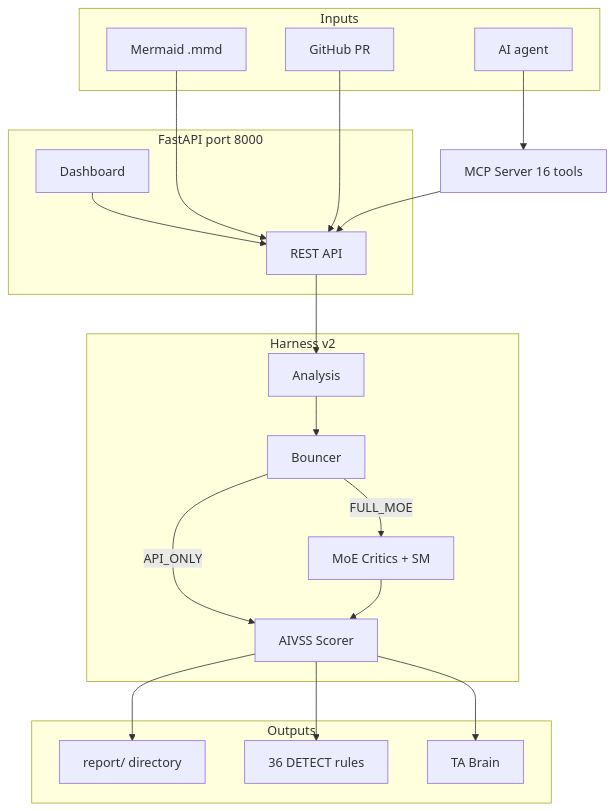
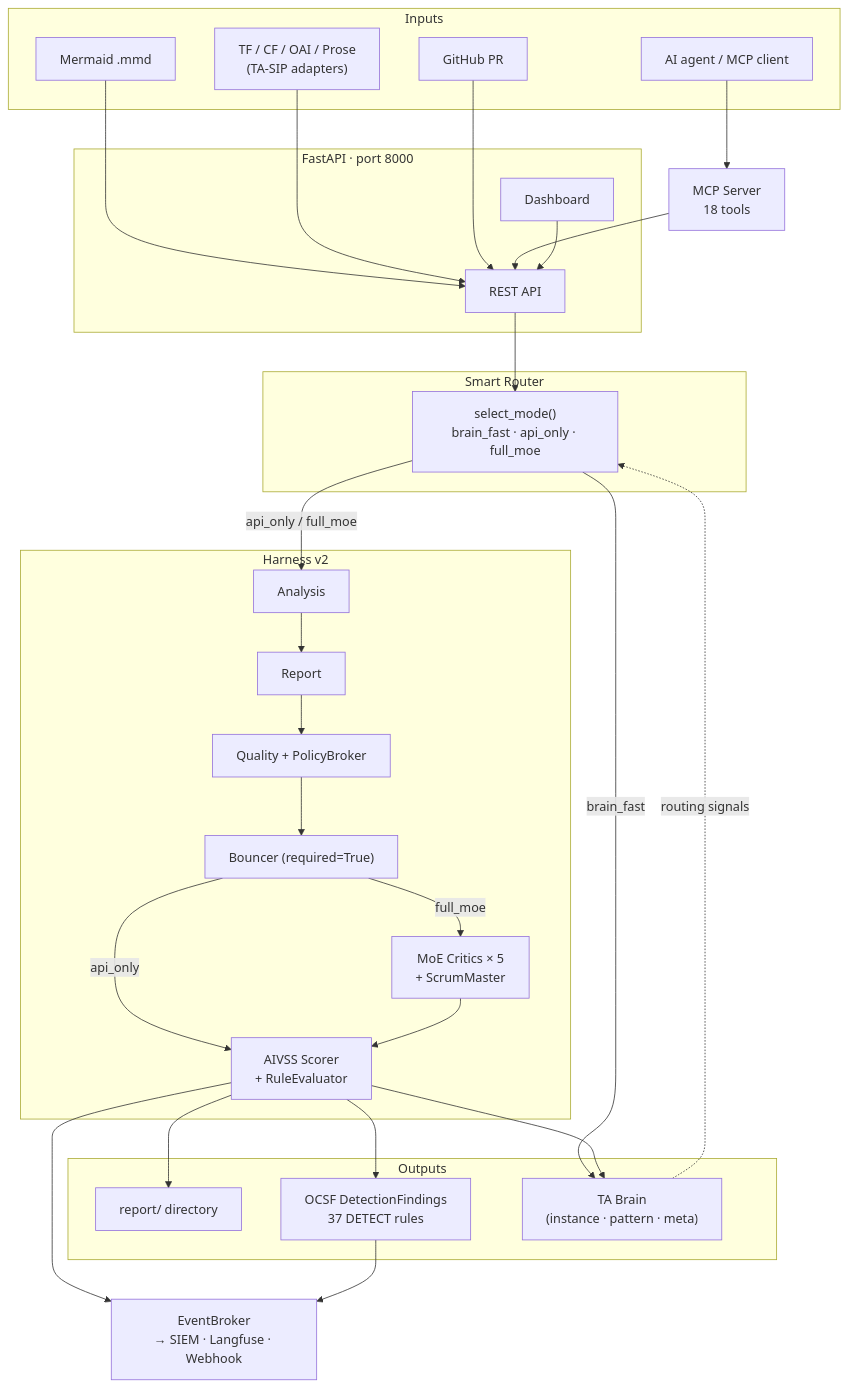
One commit to BerdTan/threatassessor changed the diagram in README.md. Above: the diagram before and after it, drawn with Mermaid. The commit also changed other lines of this file, not shown here.

First line of the commit message:
docs(readme): restructure and redraw architecture diagram

````diff
--- a/README.md
+++ b/README.md
@@ -7,45 +14,63 @@
 ```mermaid
 flowchart TD
     subgraph Inputs
         mmd_in["Mermaid .mmd"]
+        sip_in["TF / CF / OAI / Prose\n(TA-SIP adapters)"]
         pr_in["GitHub PR"]
-        ai_in["AI agent"]
+        ai_in["AI agent / MCP client"]
     end
 
-    subgraph Service["FastAPI  port 8000"]
+    subgraph Service["FastAPI  ·  port 8000"]
         rest_api["REST API"]
         dash_ui["Dashboard"]
     end
 
-    mcp_srv["MCP Server  16 tools"]
+    mcp_srv["MCP Server\n18 tools"]
+
+    subgraph Router["Smart Router"]
+        sr["select_mode()\nbrain_fast · api_only · full_moe"]
+    end
 
     subgraph Harness["Harness v2"]
         an_s["Analysis"]
-        bo_s["Bouncer"]
-        cr_s["MoE Critics + SM"]
-        av_s["AIVSS Scorer"]
+        rp_s["Report"]
+        ql_s["Quality + PolicyBroker"]
+        bo_s["Bouncer  (required=True)"]
+        cr_s["MoE Critics × 5\n+ ScrumMaster"]
+        av_s["AIVSS Scorer\n+ RuleEvaluator"]
     end
+
+    eb["EventBroker\n→ SIEM · Langfuse · Webhook"]
 
     subgraph Outputs
         rep_o["report/ directory"]
-        det_o["36 DETECT rules"]
-        brn_o["TA Brain"]
+        ocsf_o["OCSF DetectionFindings\n37 DETECT rules"]
+        brn_o["TA Brain\n(instance · pattern · meta)"]
     end
 
     mmd_in --> rest_api
+    sip_in --> rest_api
     pr_in --> rest_api
     ai_in --> mcp_srv
     mcp_srv --> rest_api
-
-    rest_api --> an_s
     dash_ui --> rest_api
 
-    an_s --> bo_s
-    bo_s -->|"API_ONLY"| av_s
-    bo_s -->|"FULL_MOE"| cr_s
+    rest_api --> sr
+    brn_o -.->|routing signals| sr
+
+    sr -->|brain_fast| brn_o
+    sr -->|api_only / full_moe| an_s
+
+    an_s --> rp_s
+    rp_s --> ql_s
+    ql_s --> bo_s
+    bo_s -->|api_only| av_s
+    bo_s -->|full_moe| cr_s
     cr_s --> av_s
 
     av_s --> rep_o
-    av_s --> det_o
+    av_s --> ocsf_o
     av_s --> brn_o
+    av_s --> eb
+    ocsf_o --> eb
 ```
````
